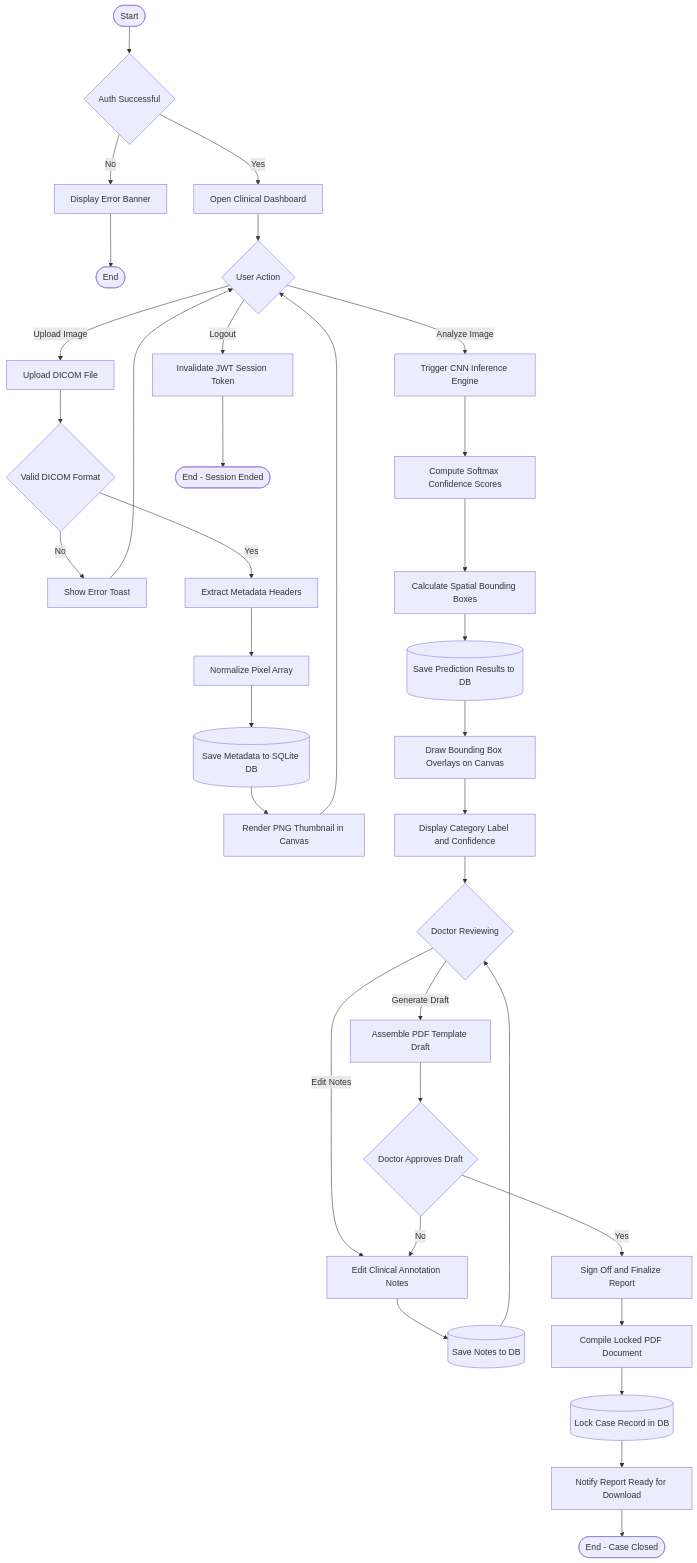
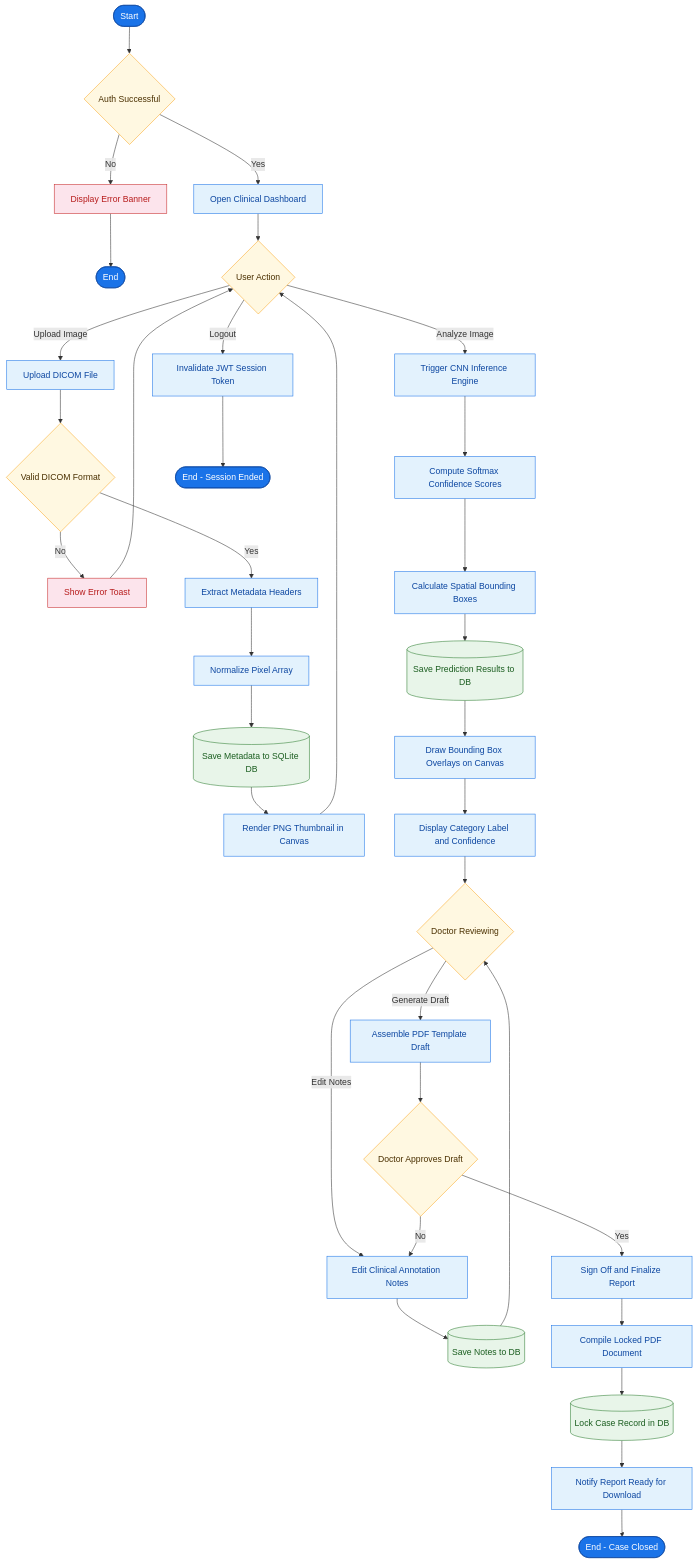
The diagram in diagrams/activity_preprocess_workflow.md (alirezakavianifar/Medical-Image-Based-Disease-Detection-and-Classification-System), drawn with Mermaid before and after one commit. The commit also changed other lines of this file and 4 other files, not shown here.

Commit message:
INFRA: Enhance all Mermaid diagrams with color styling and visual improvements

````diff
--- a/diagrams/activity_preprocess_workflow.md
+++ b/diagrams/activity_preprocess_workflow.md
@@ -12,43 +12,49 @@
 ```mermaid
 flowchart TD
-    Start([Start]) --> Auth{Auth Successful}
-    Auth -->|No| AuthFail[Display Error Banner]
-    AuthFail --> End1([End])
-    Auth -->|Yes| Dashboard[Open Clinical Dashboard]
+    classDef startEnd fill:#1a73e8,stroke:#0d47a1,color:#ffffff
+    classDef process fill:#e3f2fd,stroke:#1a73e8,color:#0d47a1
+    classDef decision fill:#fff8e1,stroke:#f9a825,color:#4a3000
+    classDef database fill:#e8f5e9,stroke:#2e7d32,color:#1b5e20
+    classDef error fill:#fce4ec,stroke:#c62828,color:#b71c1c
 
-    Dashboard --> SelectAction{User Action}
+    Start([Start]):::startEnd --> Auth{Auth Successful}:::decision
+    Auth -->|No| AuthFail[Display Error Banner]:::error
+    AuthFail --> End1([End]):::startEnd
+    Auth -->|Yes| Dashboard[Open Clinical Dashboard]:::process
 
-    SelectAction -->|Upload Image| Upload[Upload DICOM File]
-    Upload --> ValidDICOM{Valid DICOM Format}
-    ValidDICOM -->|No| UploadError[Show Error Toast]
+    Dashboard --> SelectAction{User Action}:::decision
+
+    SelectAction -->|Upload Image| Upload[Upload DICOM File]:::process
+    Upload --> ValidDICOM{Valid DICOM Format}:::decision
+    ValidDICOM -->|No| UploadError[Show Error Toast]:::error
     UploadError --> SelectAction
-    ValidDICOM -->|Yes| ParseHeader[Extract Metadata Headers]
-    ParseHeader --> Normalize[Normalize Pixel Array]
-    Normalize --> SaveDB[(Save Metadata to SQLite DB)]
-    SaveDB --> RenderThumb[Render PNG Thumbnail in Canvas]
+    ValidDICOM -->|Yes| ParseHeader[Extract Metadata Headers]:::process
+    ParseHeader --> Normalize[Normalize Pixel Array]:::process
+    Normalize --> SaveDB[(Save Metadata to SQLite DB)]:::database
+    SaveDB --> RenderThumb[Render PNG Thumbnail in Canvas]:::process
     RenderThumb --> SelectAction
 
-    SelectAction -->|Analyze Image| Analyze[Trigger CNN Inference Engine]
-    Analyze --> ComputeScores[Compute Softmax Confidence Scores]
-    ComputeScores --> ComputeBoxes[Calculate Spatial Bounding Boxes]
-    ComputeBoxes --> SaveResults[(Save Prediction Results to DB)]
-    SaveResults --> DrawCanvas[Draw Bounding Box Overlays on Canvas]
-    DrawCanvas --> ShowResults[Display Category Label and Confidence]
-    ShowResults --> DoctorReview{Doctor Reviewing}
+    SelectAction -->|Analyze Image| Analyze[Trigger CNN Inference Engine]:::process
+    Analyze --> ComputeScores[Compute Softmax Confidence Scores]:::process
+    ComputeScores --> ComputeBoxes[Calculate Spatial Bounding Boxes]:::process
+    ComputeBoxes --> SaveResults[(Save Prediction Results to DB)]:::database
+    SaveResults --> DrawCanvas[Draw Bounding Box Overlays on Canvas]:::process
+    DrawCanvas --> ShowResults[Display Category Label and Confidence]:::process
+    ShowResults --> DoctorReview{Doctor Reviewing}:::decision
 
-    DoctorReview -->|Edit Notes| EditNotes[Edit Clinical Annotation Notes]
-    EditNotes --> SaveNotes[(Save Notes to DB)]
+    DoctorReview -->|Edit Notes| EditNotes[Edit Clinical Annotation Notes]:::process
+    EditNotes --> SaveNotes[(Save Notes to DB)]:::database
     SaveNotes --> DoctorReview
 
-    DoctorReview -->|Generate Draft| DraftPDF[Assemble PDF Template Draft]
-    DraftPDF --> ReviewPDF{Doctor Approves Draft}
+    DoctorReview -->|Generate Draft| DraftPDF[Assemble PDF Template Draft]:::process
+    DraftPDF --> ReviewPDF{Doctor Approves Draft}:::decision
     ReviewPDF -->|No| EditNotes
-    ReviewPDF -->|Yes| SignOff[Sign Off and Finalize Report]
-    SignOff --> CompilePDF[Compile Locked PDF Document]
-    CompilePDF --> LockRecord[(Lock Case Record in DB)]
-    LockRecord --> NotifyUser[Notify Report Ready for Download]
-    NotifyUser --> End2([End - Case Closed])
+    ReviewPDF -->|Yes| SignOff[Sign Off and Finalize Report]:::process
+    SignOff --> CompilePDF[Compile Locked PDF Document]:::process
+    CompilePDF --> LockRecord[(Lock Case Record in DB)]:::database
+    LockRecord --> NotifyUser[Notify Report Ready for Download]:::process
+    NotifyUser --> End2([End - Case Closed]):::startEnd
 
-    SelectAction -->|Logout| Logout[Invalidate JWT Session Token]
-    Logout --> End3([End - Session Ended])
+    SelectAction -->|Logout| Logout[Invalidate JWT Session Token]:::process
+    Logout --> End3([End - Session Ended]):::startEnd
 ```
````
